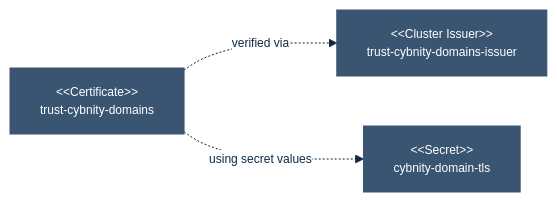
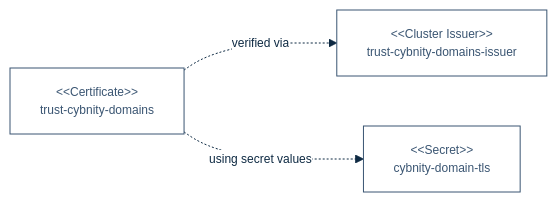
Before and after one commit to cybnity/foundation: the diagram in implementations-line/systems/technical-infrastructure/CYDEL01-cybsup01.md, drawn with Mermaid.

````diff
--- a/implementations-line/systems/technical-infrastructure/CYDEL01-cybsup01.md
+++ b/implementations-line/systems/technical-infrastructure/CYDEL01-cybsup01.md
@@ -418,49 +418,49 @@
       ```mermaid
       %%{
         init: {
           'theme': 'base',
           'themeVariables': {
               'background': '#ffffff',
               'fontFamily': 'arial',
               'fontSize': '12px',
               'primaryColor': '#fff',
               'primaryTextColor': '#0e2a43',
               'primaryBorderColor': '#0e2a43',
               'secondaryColor': '#fff',
               'secondaryTextColor': '#fff',
               'secondaryBorderColor': '#fff',
               'tertiaryColor': '#fff',
               'tertiaryTextColor': '#fff',
               'tertiaryBorderColor': '#fff',
               'lineColor': '#0e2a43',
               'titleColor': '#fff',
               'textColor': '#fff',
               'lineColor': '#0e2a43',
               'nodeTextColor': '#fff',
               'nodeBorder': '#0e2a43',
               'noteTextColor': '#fff',
               'noteBorderColor': '#fff'
           },
           'flowchart': { 'curve': 'monotoneY' }
         }
       }%%
       graph LR
         clusterIssuer1["#60;#60;Cluster Issuer#62;#62; \n trust-cybnity-domains-issuer"]
         certificate1["#60;#60;Certificate#62;#62; \n trust-cybnity-domains"]
         secret1["#60;#60;Secret#62;#62; \n cybnity-domain-tls"]
 
         certificate1 -. "verified via" .-> clusterIssuer1
         certificate1 -. "using secret values" .-> secret1
 
         classDef mediumfill fill:#3a5572, stroke:#3a5572, color:#fff
 
         classDef red fill:#e5302a, stroke:#e5302a, color:#fff, stroke-width:3px
         classDef medium fill:#fff, stroke:#3a5572, color:#3a5572
         classDef mediumdot fill:#fff, stroke:#3a5572, color:#3a5572, stroke-dasharray: 5 5
         classDef reddot fill:#fff, stroke:#e5302a, color:#e5302a, stroke-dasharray: 5 5, stroke-width:3px
         classDef dark fill:#0e2a43, stroke:#fff, color:#fff
         classDef internalconfig fill:#0e2a43, stroke:#fff, color:#fff
 
-        class clusterIssuer1,certificate1,secret1 mediumfill;
+        class clusterIssuer1,certificate1,secret1 medium;
 
       ```
````
